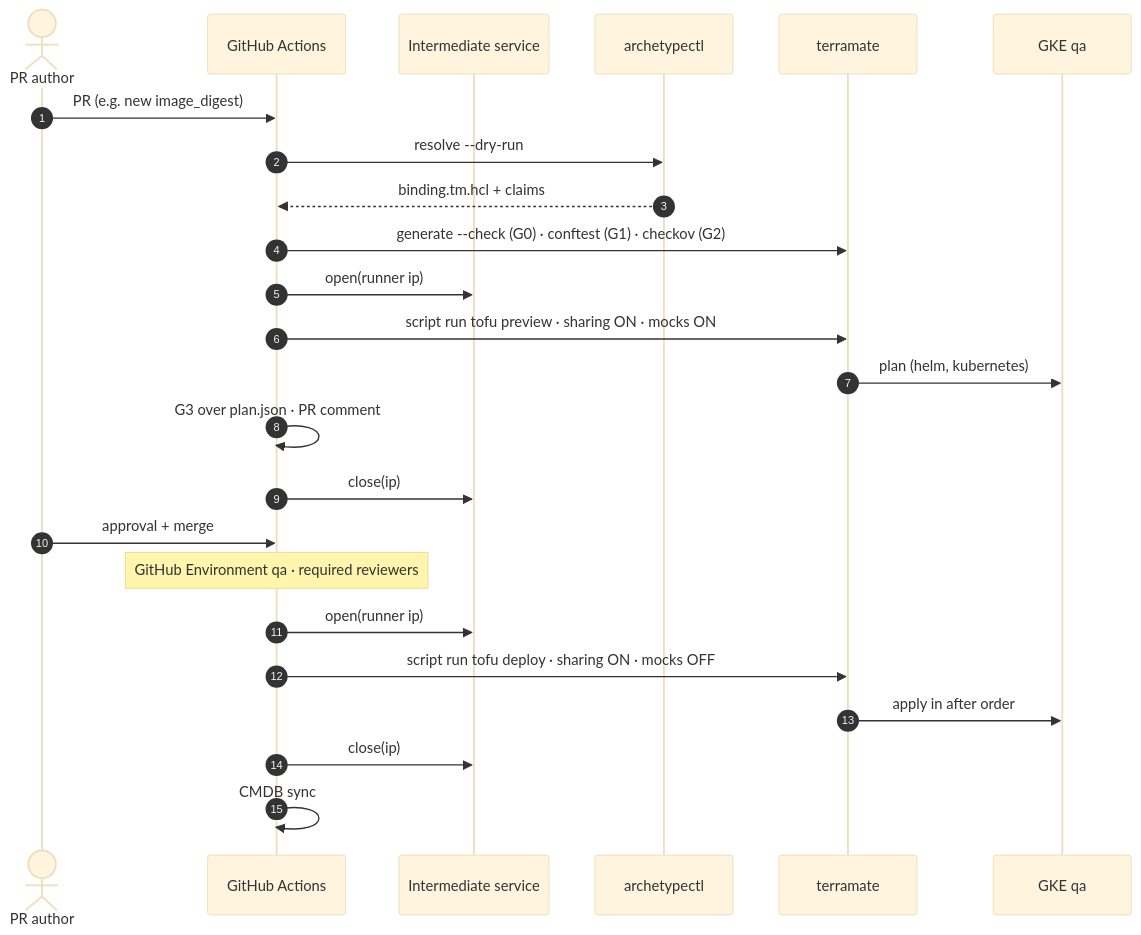
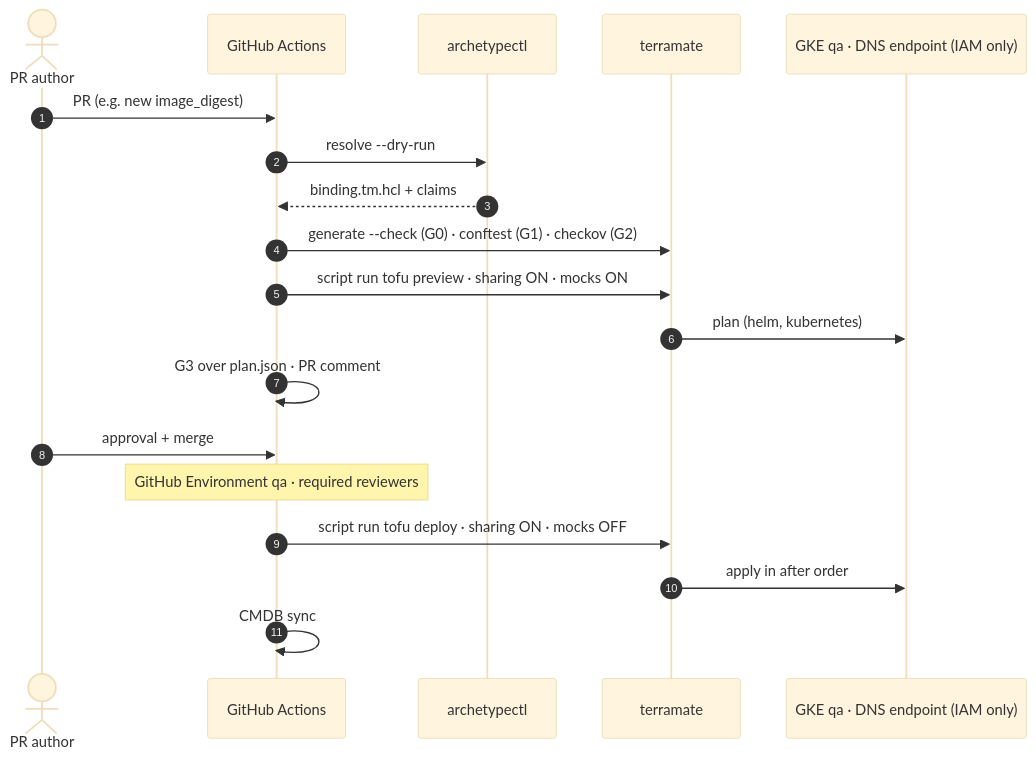
The diagram in docs/en/proposals/sonarqube-qa/diagrams/12-ejecucion.mmd (aescanero/proposal_documents), drawn with Mermaid (base theme) before and after one commit. The commit also changed 50 other files, not shown here.

```diff
--- a/docs/en/proposals/sonarqube-qa/diagrams/12-ejecucion.mmd
+++ b/docs/en/proposals/sonarqube-qa/diagrams/12-ejecucion.mmd
@@ -1,25 +1,20 @@
 sequenceDiagram
     autonumber
     actor DEV as PR author
     participant GH as GitHub Actions
-    participant BRK as Intermediate service
     participant RES as archetypectl
     participant TM as terramate
-    participant GKE as GKE qa
+    participant GKE as GKE qa · DNS endpoint (IAM only)
 
     DEV->>GH: PR (e.g. new image_digest)
     GH->>RES: resolve --dry-run
     RES-->>GH: binding.tm.hcl + claims
     GH->>TM: generate --check (G0) · conftest (G1) · checkov (G2)
-    GH->>BRK: open(runner ip)
     GH->>TM: script run tofu preview · sharing ON · mocks ON
     TM->>GKE: plan (helm, kubernetes)
     GH->>GH: G3 over plan.json · PR comment
-    GH->>BRK: close(ip)
     DEV->>GH: approval + merge
     Note over GH: GitHub Environment qa · required reviewers
-    GH->>BRK: open(runner ip)
     GH->>TM: script run tofu deploy · sharing ON · mocks OFF
     TM->>GKE: apply in after order
-    GH->>BRK: close(ip)
     GH->>GH: CMDB sync
```
